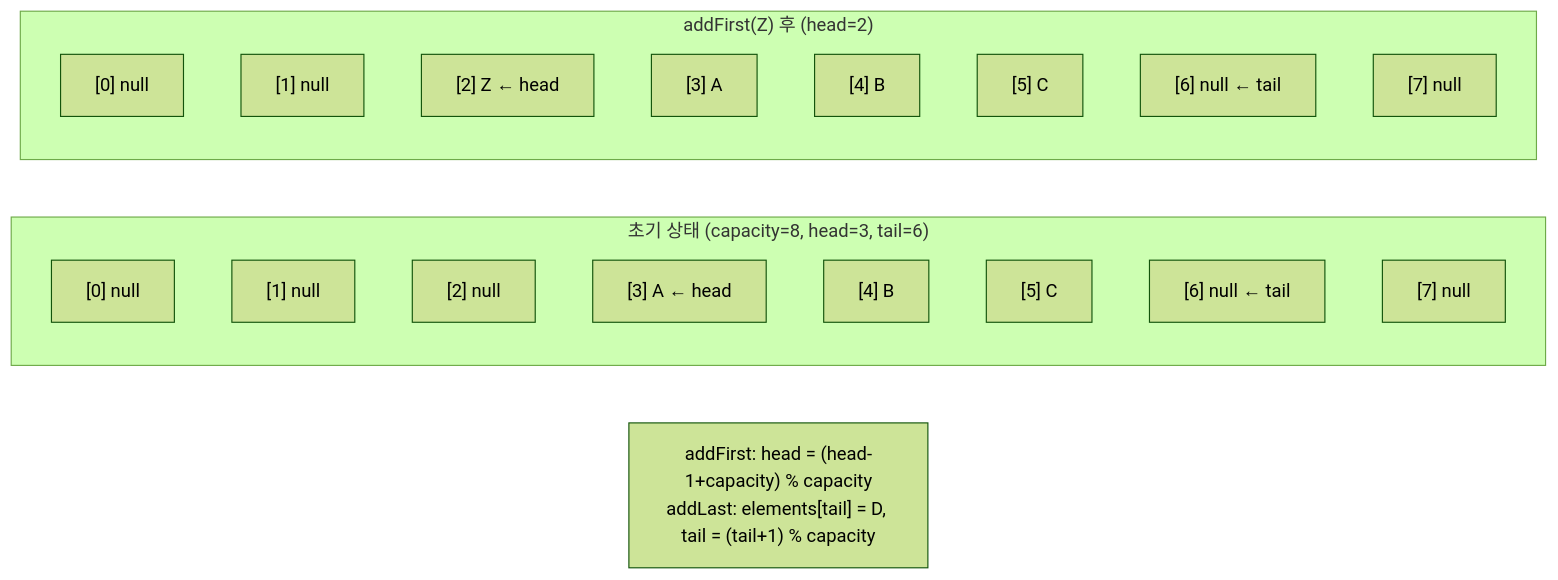
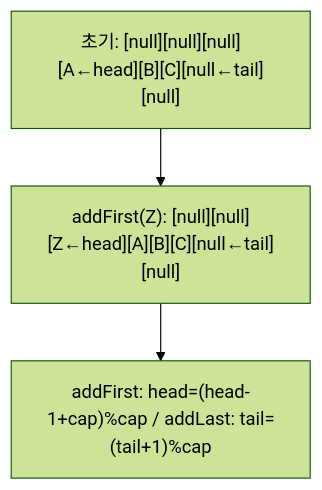
One commit to yjkim2015/yjkim2015.github.io changed diagram 18 of 21 in _posts/java/2026-05-01-java-collections.md. Above: the diagram before and after it, drawn with Mermaid (forest theme). The commit also changed other lines of this file and 215 other files, not shown here.

First line of the commit message:
신규 포스트 10개 추가 + Mermaid 전면 축소 + SystemDesign 시리즈 보강

````diff
--- a/_posts/java/2026-05-01-java-collections.md
+++ b/_posts/java/2026-05-01-java-collections.md
@@ -882,24 +768,7 @@
 ```mermaid
-graph LR
-    subgraph "초기 상태 (capacity=8, head=3, tail=6)"
-        D0["[0] null"]
-        D1["[1] null"]
-        D2["[2] null"]
-        D3["[3] A ← head"]
-        D4["[4] B"]
-        D5["[5] C"]
-        D6["[6] null ← tail"]
-        D7["[7] null"]
-    end
-    subgraph "addFirst(Z) 후 (head=2)"
-        E0["[0] null"]
-        E1["[1] null"]
-        E2["[2] Z ← head"]
-        E3["[3] A"]
-        E4["[4] B"]
-        E5["[5] C"]
-        E6["[6] null ← tail"]
-        E7["[7] null"]
-    end
-    NOTE["addFirst: head = (head-1+capacity) % capacity<br>addLast: elements[tail] = D, tail = (tail+1) % capacity"]
+graph TD
+    INIT["초기: [null][null][null][A←head][B][C][null←tail][null]"]
+    AFTER["addFirst(Z): [null][null][Z←head][A][B][C][null←tail][null]"]
+    RULE["addFirst: head=(head-1+cap)%cap / addLast: tail=(tail+1)%cap"]
+    INIT --> AFTER --> RULE
 ```
````
